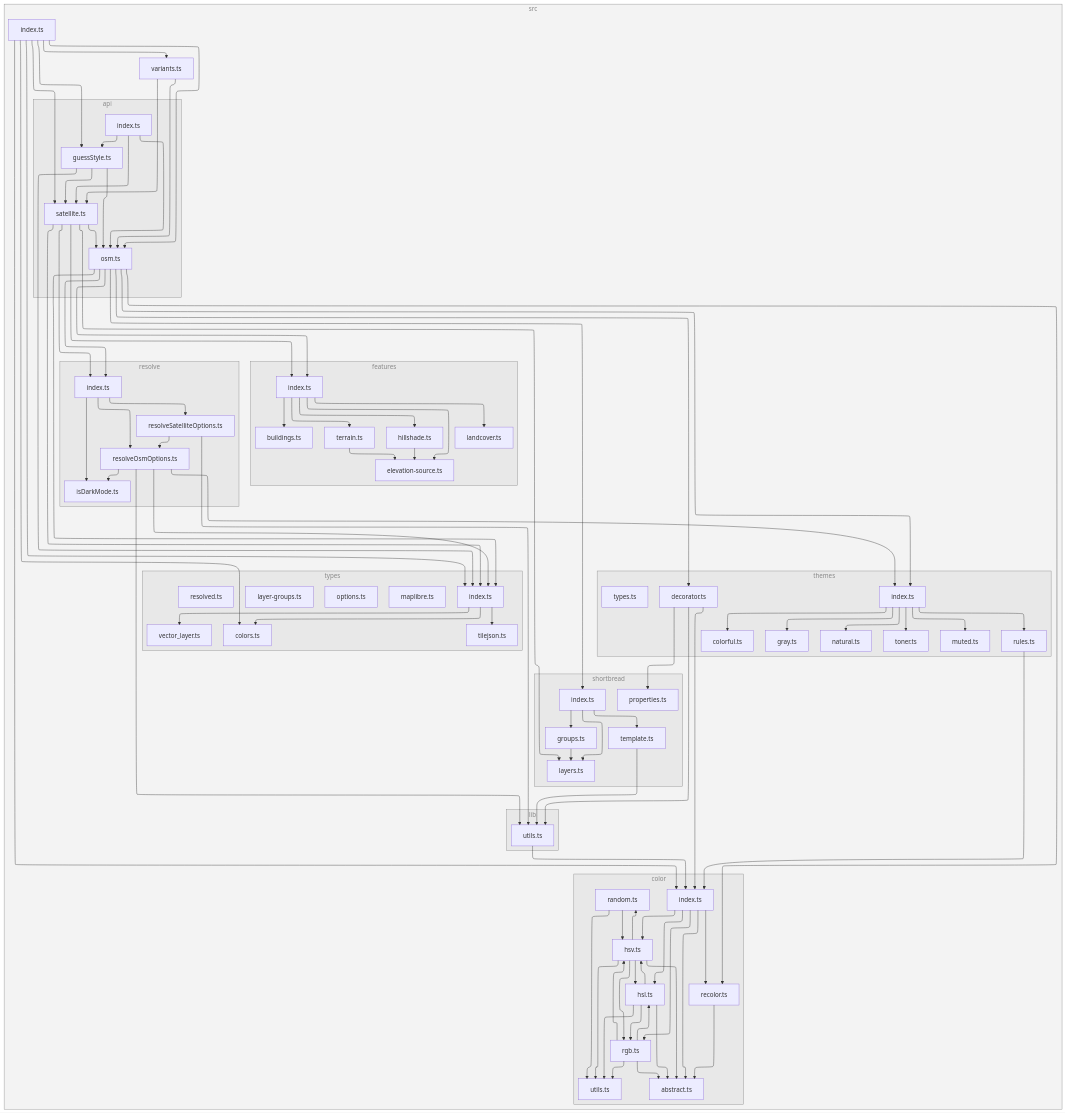
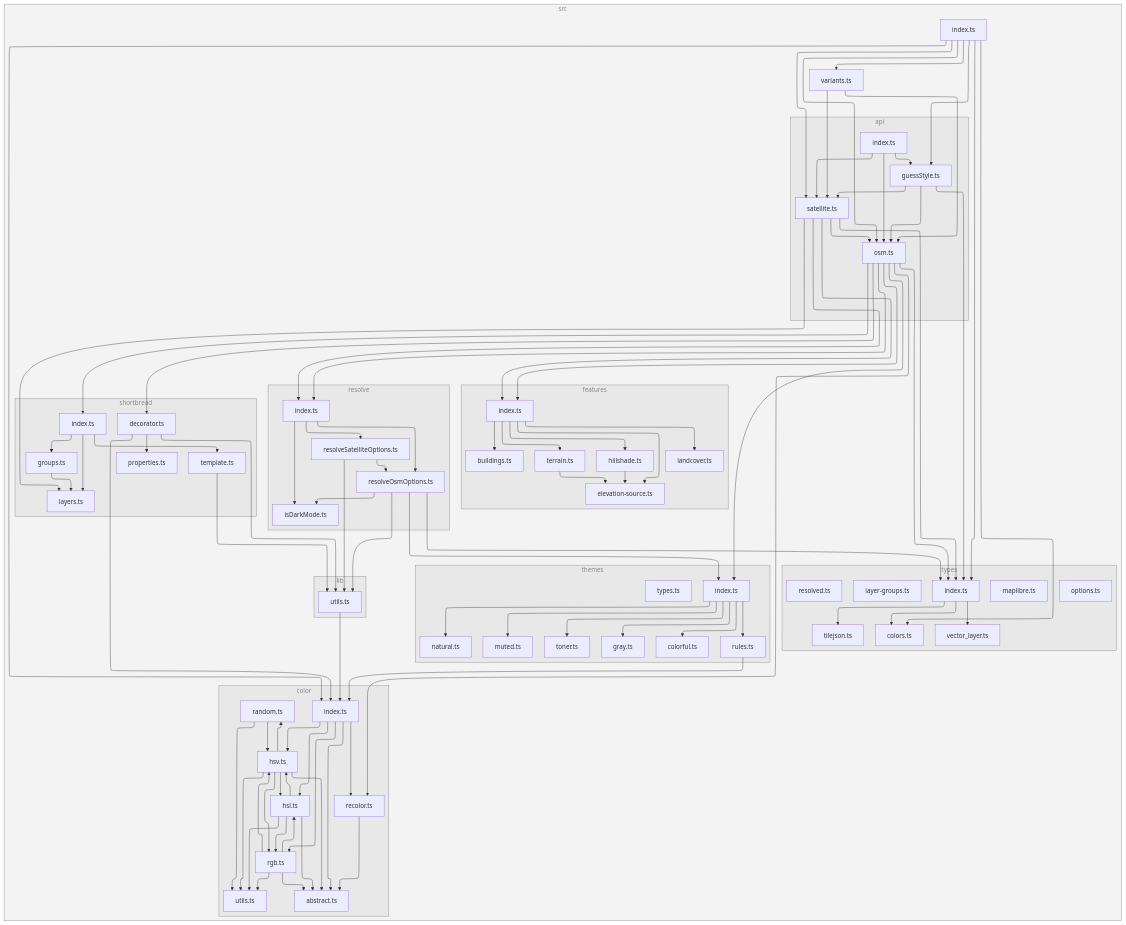
The diagram in README.md (versatiles-org/versatiles-style), drawn with Mermaid before and after one commit. The commit also changed 3 other files, not shown here.

Commit message:
feat: implement decorator function for styling layers and add tests

```diff
--- a/README.md
+++ b/README.md
@@ -205,15 +205,15 @@
 10["natural.ts"]
 11["rules.ts"]
 12["toner.ts"]
-19["decorator.ts"]
 1F["types.ts"]
 end
 subgraph 14["shortbread"]
-15["index.ts"]
-16["groups.ts"]
-17["layers.ts"]
-18["template.ts"]
-1A["properties.ts"]
+15["decorator.ts"]
+16["properties.ts"]
+17["index.ts"]
+18["groups.ts"]
+19["layers.ts"]
+1A["template.ts"]
 end
 1D["index.ts"]
 1E["variants.ts"]
@@ -228,7 +228,7 @@
 8-->D
 8-->K
 8-->15
-8-->19
+8-->17
 8-->W
 8-->4
 A-->B
@@ -276,17 +276,17 @@
 11-->P
 13-->O
 13-->M
+15-->P
+15-->O
 15-->16
-15-->17
-15-->18
-16-->17
-18-->O
-19-->P
-19-->O
-19-->1A
+17-->18
+17-->19
+17-->1A
+18-->19
+1A-->O
 1B-->D
 1B-->K
-1B-->17
+1B-->19
 1B-->4
 1B-->8
 1C-->2
```
